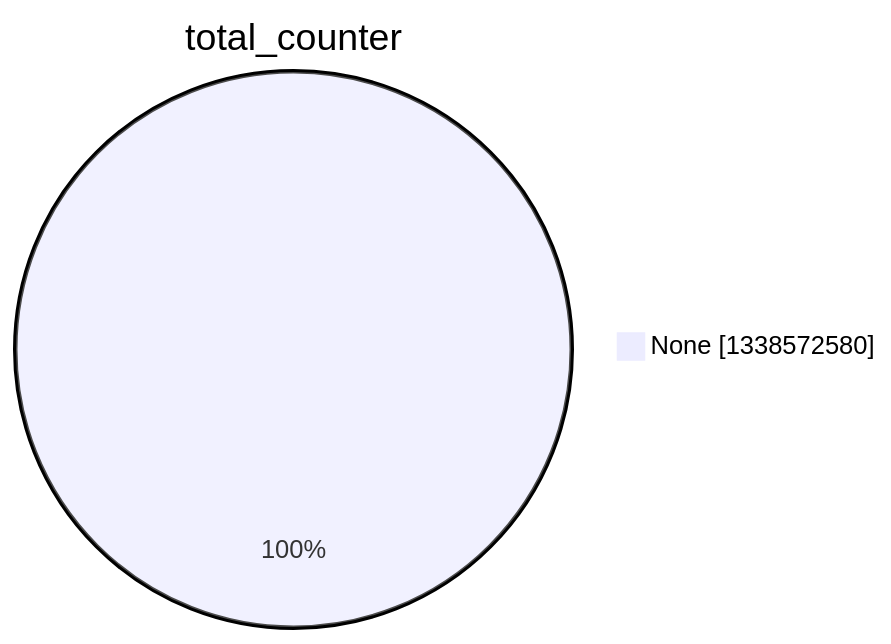
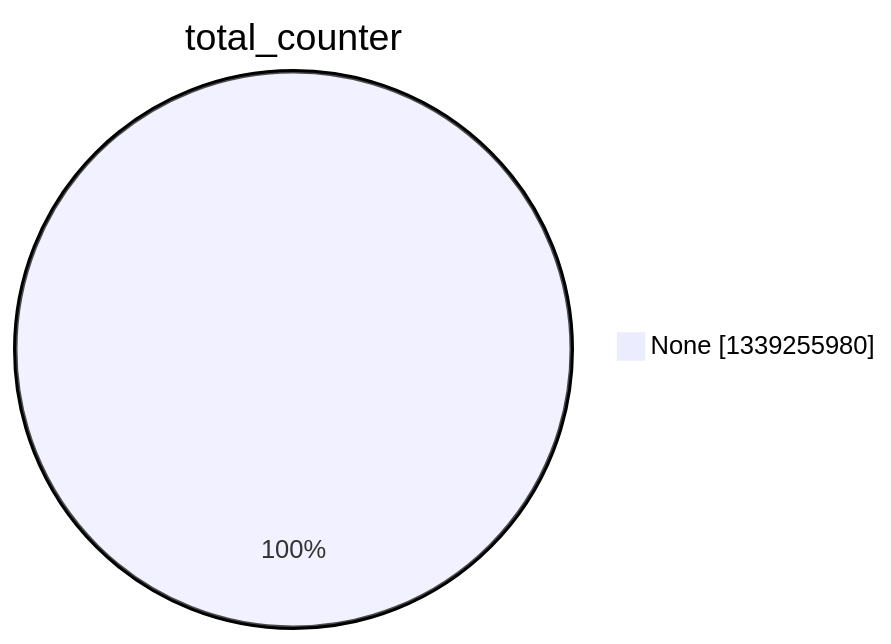
One commit to christiankrug/ctmonitor_visualization changed the second of 15 diagrams in argon2022/README.md. Above: the diagram before and after it, drawn with Mermaid. The commit also changed other lines of this file, not shown here.

````diff
--- a/argon2022/README.md
+++ b/argon2022/README.md
@@ -9,5 +9,5 @@
 ```mermaid
 pie showData
 title total_counter
-"None" :1338572580
+"None" :1339255980
 ```
````
